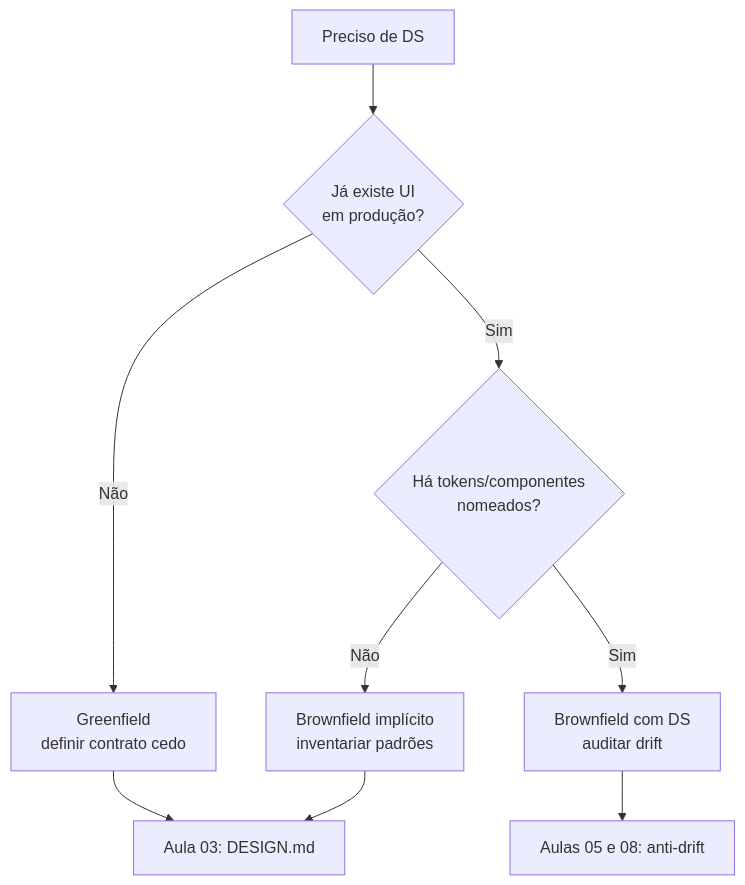
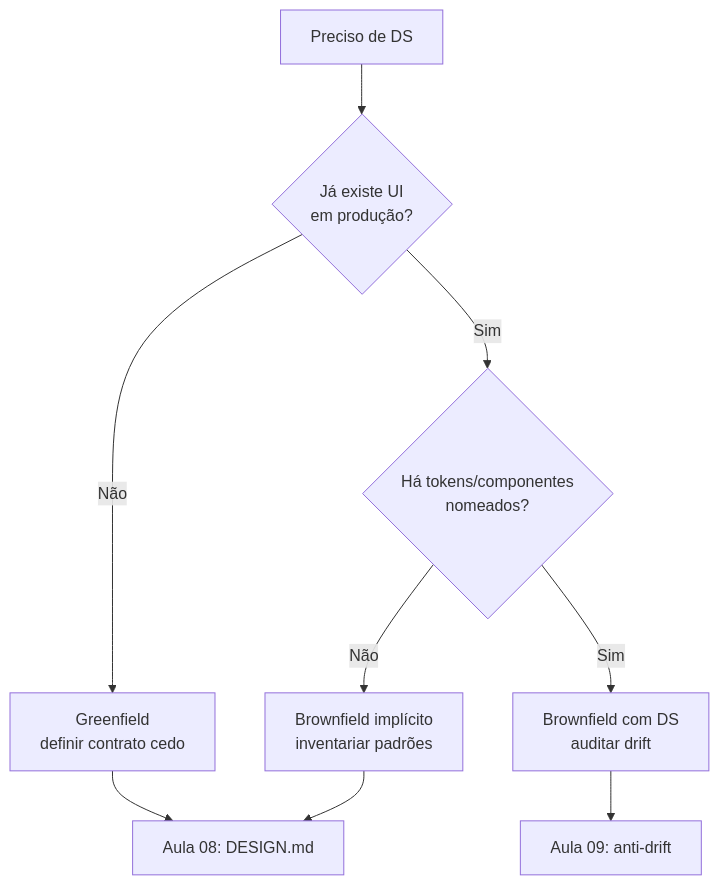
Before and after one commit to CALLBACK-Online/aiox-advanced-brain: the diagram in cursos/AIOX-Design/aulas/02-design-system-greenfield-brownfield.md, drawn with Mermaid. The commit also changed other lines of this file and 3 other files, not shown here.

First line of the commit message:
improve(aiox-design): glossário e refs de aula após renumeração

````diff
--- a/cursos/AIOX-Design/aulas/02-design-system-greenfield-brownfield.md
+++ b/cursos/AIOX-Design/aulas/02-design-system-greenfield-brownfield.md
@@ -27,11 +27,11 @@
 ```mermaid
 flowchart TD
   A["Preciso de DS"] --> B{"Já existe UI\nem produção?"}
   B -->|Não| G["Greenfield\ndefinir contrato cedo"]
   B -->|Sim| C{"Há tokens/componentes\nnomeados?"}
   C -->|Não| I["Brownfield implícito\ninventariar padrões"]
   C -->|Sim| L["Brownfield com DS\nauditar drift"]
-  G --> X["Aula 03: DESIGN.md"]
+  G --> X["Aula 08: DESIGN.md"]
   I --> X
-  L --> Y["Aulas 05 e 08: anti-drift"]
+  L --> Y["Aula 09: anti-drift"]
 ```
````
